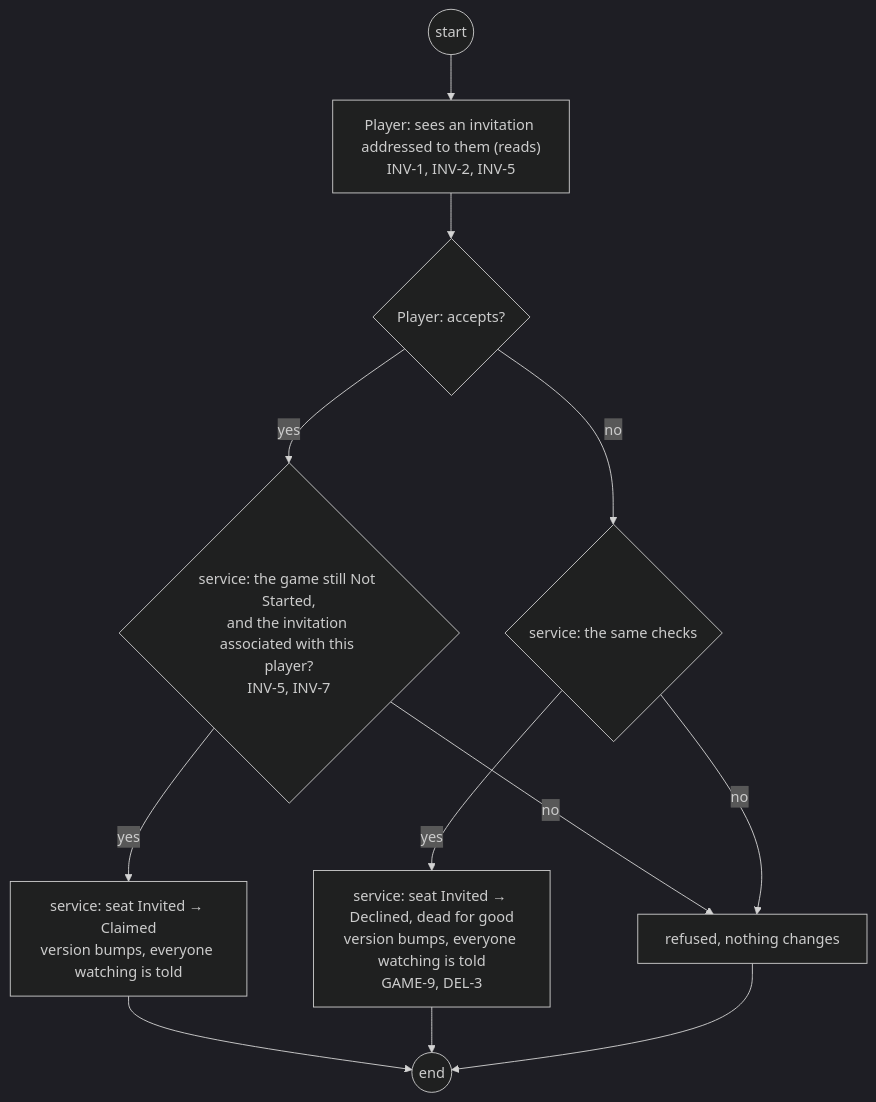
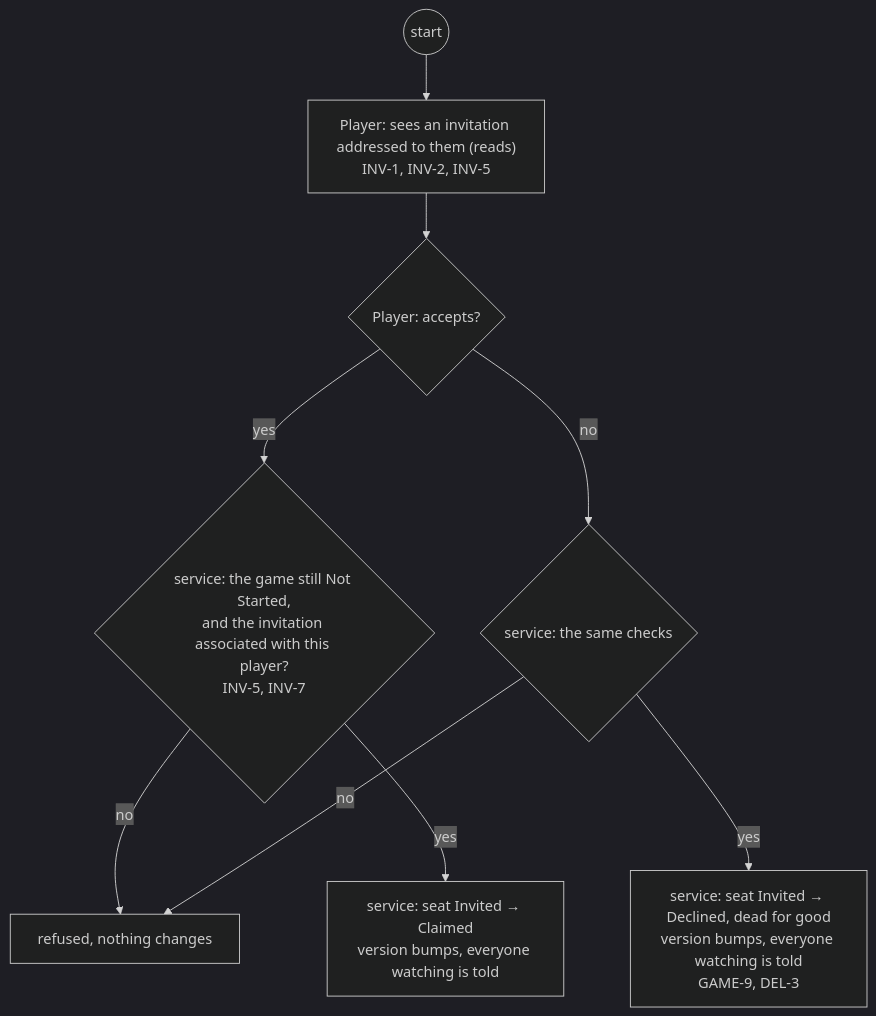
One commit to delphside/programme changed diagram 11 of 29 in docs/changes/workstreams/application-game-architecture/71-one-game-model/71-functional.md. Above: the diagram before and after it, drawn with Mermaid (dark theme). The commit also changed other lines of this file, not shown here.

First line of the commit message:
app 0.9.2 api 2.16: 71: activity diagrams drop their explicit end nodes

````diff
--- a/docs/changes/workstreams/application-game-architecture/71-one-game-model/71-functional.md
+++ b/docs/changes/workstreams/application-game-architecture/71-one-game-model/71-functional.md
@@ -255,14 +228,11 @@
 ```mermaid
 flowchart TD
   s0((start)) --> p1["Player: sees an invitation addressed to them (reads)<br/>INV-1, INV-2, INV-5"]
   p1 --> d1{"Player: accepts?"}
   d1 -- yes --> v1{"service: the game still Not Started,<br/>and the invitation associated with this player?<br/>INV-5, INV-7"}
   d1 -- no --> v2{"service: the same checks"}
   v1 -- no --> r1["refused, nothing changes"]
   v2 -- no --> r1
   v1 -- yes --> t1["service: seat Invited → Claimed<br/>version bumps, everyone watching is told"]
   v2 -- yes --> t2["service: seat Invited → Declined, dead for good<br/>version bumps, everyone watching is told<br/>GAME-9, DEL-3"]
-  t1 --> e0((end))
-  t2 --> e0
-  r1 --> e0
 ```
````
